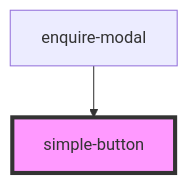
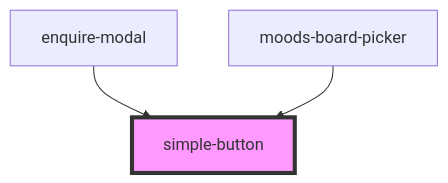
Before and after one commit to the-design-release/leibal-components: the diagram in src/components/simple-button/readme.md, drawn with Mermaid. The commit also changed other lines of this file and 10 other files, not shown here.

````diff
--- a/src/components/simple-button/readme.md
+++ b/src/components/simple-button/readme.md
@@ -24,5 +25,6 @@
 ```mermaid
 graph TD;
   enquire-modal --> simple-button
+  moods-board-picker --> simple-button
   style simple-button fill:#f9f,stroke:#333,stroke-width:4px
 ```
````
